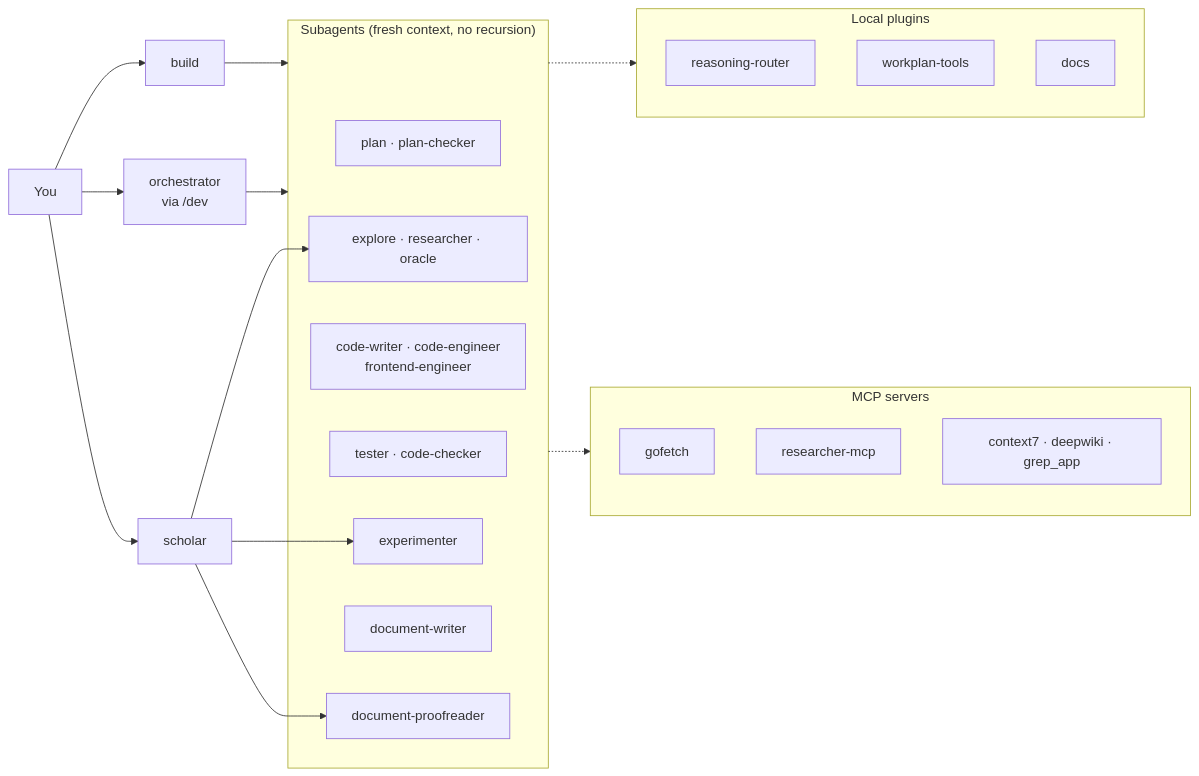
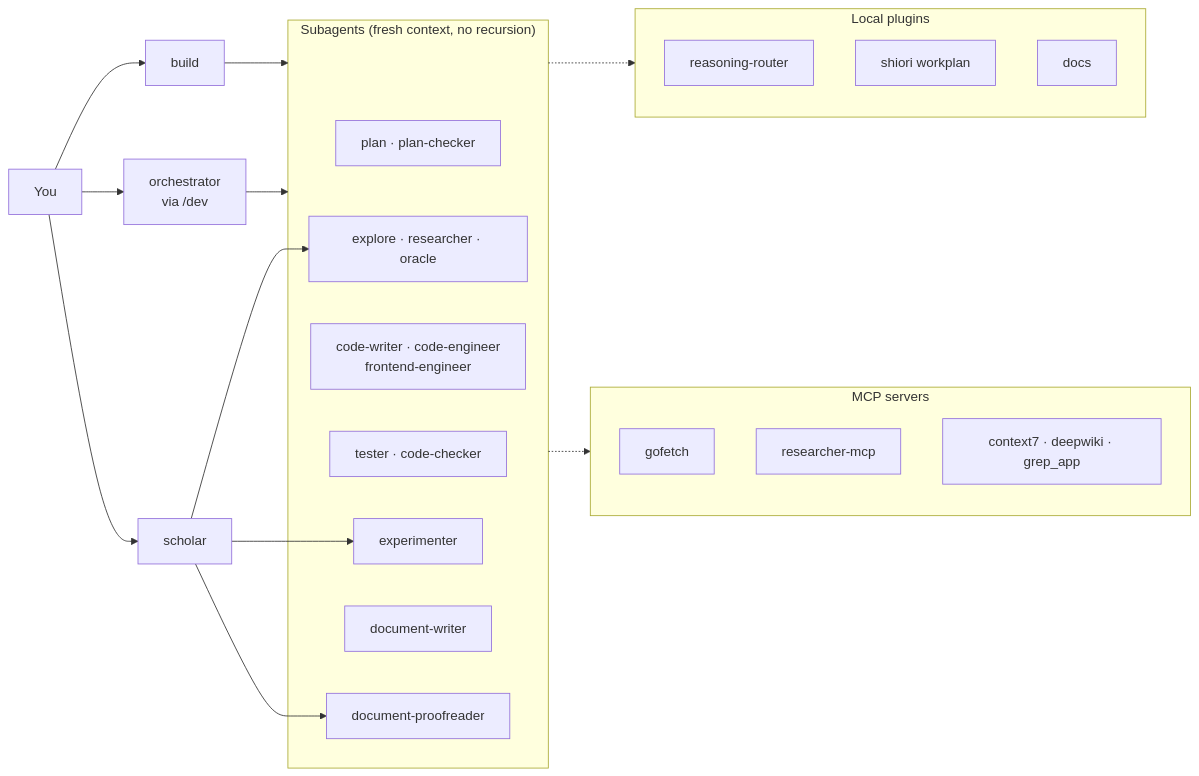
One commit to hoshinoht/hoshi-opencode2 changed the diagram in README.md. Above: the diagram before and after it, drawn with Mermaid. The commit also changed other lines of this file and 4 other files, not shown here.

First line of the commit message:
feat: serve workplan tools from Shiori

````diff
--- a/README.md
+++ b/README.md
@@ -118,32 +119,32 @@
 ```mermaid
 flowchart LR
   U[You] --> B[build]
   U --> O[orchestrator<br/>via /dev]
   U --> S[scholar]
   subgraph Workers["Subagents (fresh context, no recursion)"]
     PL[plan · plan-checker]
     EX[explore · researcher · oracle]
     CW[code-writer · code-engineer<br/>frontend-engineer]
     QA[tester · code-checker]
     XP[experimenter]
     DW[document-writer]
     DP[document-proofreader]
   end
   B --> Workers
   O --> Workers
   S --> EX
   S --> XP
   S --> DP
   subgraph Plugins["Local plugins"]
     RR[reasoning-router]
-    WP[workplan-tools]
+    WP[shiori workplan]
     DC[docs]
   end
   subgraph MCP["MCP servers"]
     GF[gofetch]
     RM[researcher-mcp]
     C7[context7 · deepwiki · grep_app]
   end
   Workers -.-> Plugins
   Workers -.-> MCP
 ```
````
